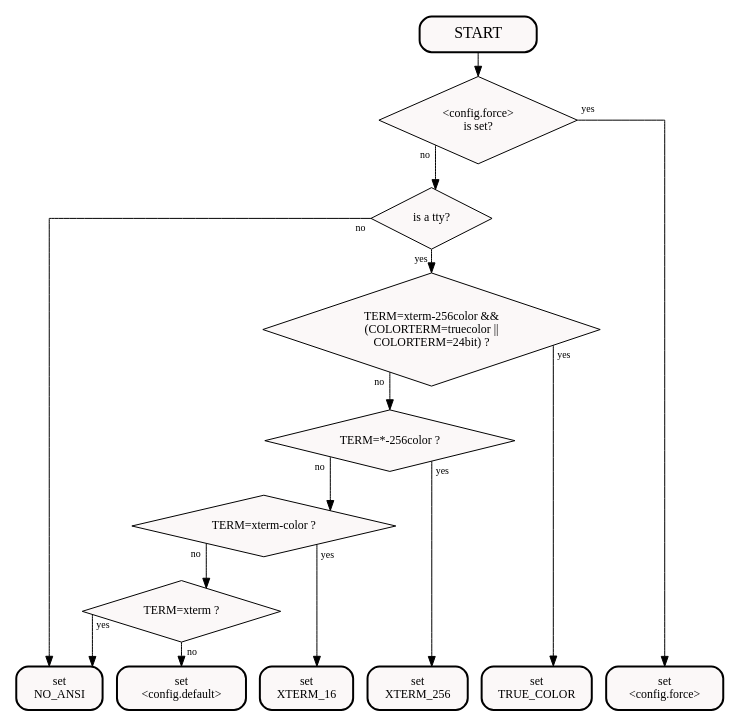
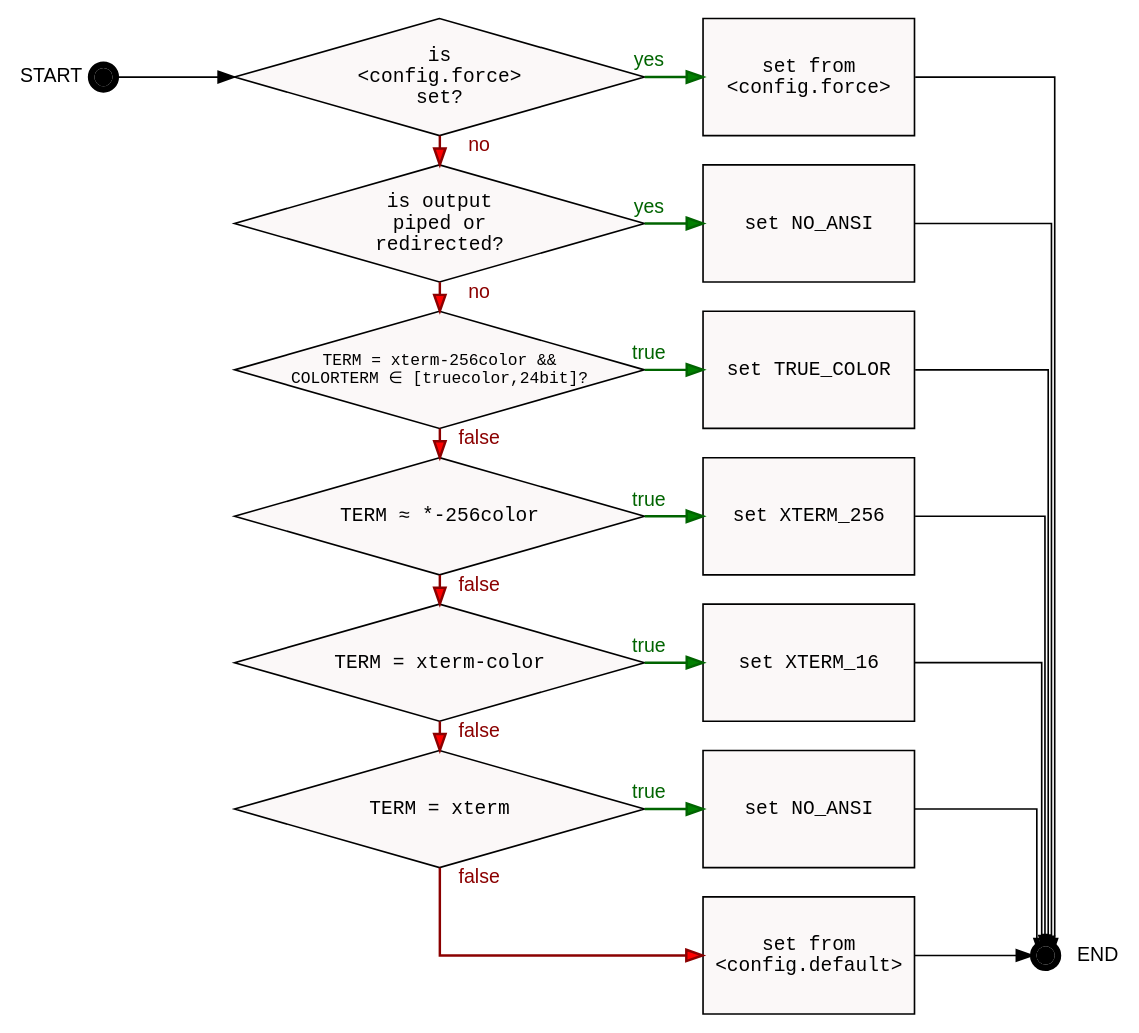
The diagram in docs/_include/sgr-output-mode.dot (delameter/pytermor), drawn with Graphviz before and after one commit. The commit also changed 116 other files, not shown here.

```diff
--- a/docs/_include/sgr-output-mode.dot
+++ b/docs/_include/sgr-output-mode.dot
@@ -1,54 +1,139 @@
 digraph {
-   rankdir = TB;
-   nodesep = .2;
-   ranksep = .33;
-   splines=ortho;
-   ratio=expand;
-   size="8,6";
+  rankdir = LR
+  nodesep = .25
+  ranksep = .5
+  splines = ortho
 
-   node [
-      fontname="Pragmasevka"
-       fontsize=12
-       margin=".125,.125"
-       style="filled"
-       color="#000000"
-       fillcolor="#fbf8f8"
-   ];
-   edge [fontname = "Pragmasevka"  fontsize=10 ];
+  # nodes ------------------------------------------------------------------------------------------
 
-   start [shape=Mrecord label="START" style="filled,bold" fontname="ASM-Bold" fontsize=16 margin=".5,0"]
-   is_config_force [shape=diamond label="<config.force>\nis set?"]
-   is_a_tty [shape=diamond label="is a tty?" tailport=s]
-   is_true [shape=diamond label="TERM=xterm-256color &&\n(COLORTERM=truecolor ||\nCOLORTERM=24bit) ?"]
-   is_xterm [shape=diamond label="TERM=xterm ?"]
-   is_256 [shape=diamond label="TERM=*-256color ?"]
-   is_16 [shape=diamond label="TERM=xterm-color ?" ]
+  {
+    node [
+      shape = "point"
+      margin = 0
+      peripheries = 2
+      penwidth = 4
+      width = 0.1
+      height = 0.1
+      label = ""
+    ]
+    { rank=min start }
+    { rank=max end }
+  }
 
-   node [margin=".25,.125" style="filled,bold" fontname="ASM-Bold" ]
+  {
+    node [
+      style="filled"
+      color = "#000000"
+      fillcolor = "#fbf8f8"
+      penwidth = 1
+      height = 1
+      fixedsize=1
+      width = 2
+      margin = 0
+      fontsize = 12
+    ]
 
-   set_no_ansi [shape=Mrecord label="set\nNO_ANSI"]
-   set_true_color [shape=Mrecord label="set\nTRUE_COLOR"]
-   set_256 [shape=Mrecord label="set\nXTERM_256"]
-   set_16 [shape=Mrecord label="set\nXTERM_16"]
-   set_config_force [shape=Mrecord label="set\n\<config.force\>"]
-   set_config_default [shape=Mrecord label="set\n\<config.default\>"]
+    {
+      rank = same
+      node [
+        shape = diamond
+        width = 3.5
+        fontname = "Courier"
+      ]
+      is_config_force   [ label = "is\n<config.force>\nset?" ]
+      is_a_tty          [ label = "is output\npiped or\nredirected?" ]
+      is_true           [
+        label = "TERM = xterm-256color &&\nCOLORTERM &isin; [truecolor,24bit]?"
+        fontsize = 10
+      ]
+      is_256            [ label = "TERM &asymp; *-256color" ]
+      is_16             [ label = "TERM = xterm-color" ]
+      is_xterm          [ label = "TERM = xterm" ]
+    }
 
-   edge [labeldistance=1.5 labelangle=-45];
+    {
+      rank = same
+      node [
+        shape = box
+        width = 1.8
+        fontname = "Courier"
+      ]
+      set_config_force  [label = "set from\n<config.force>"]
+      set_no_ansi       [label = "set NO_ANSI"]
+      set_true_color    [label = "set TRUE_COLOR"]
+      set_256           [label = "set XTERM_256"]
+      set_16            [label = "set XTERM_16"]
+      set_no_ansi_2     [label = "set NO_ANSI"]
+      set_config_default [label = "set from\n<config.default>"]
+    }
+  }
 
-   start -> is_config_force []
-   is_config_force -> is_a_tty [taillabel=no ]
-   is_a_tty -> is_true [taillabel=yes ]
-   is_true -> is_256 [taillabel=no ]
-   is_256 -> is_16 [taillabel=no ]
-   is_16 -> is_xterm [taillabel=no]
+  # START/END edges ------------------------------------------------------------------------------------------
 
-   edge [labeldistance=1.5 labelangle=45];
+  {
+    edge [
+      fontname = "Arial"
+      fontsize = 12
+      minlen = 2
+      labeldistance = 4
+      labelangle = 180
+    ]
+    start -> is_config_force [ taillabel = "START" ]
+    set_config_default -> end [ headlabel = "END" ]
 
-   is_xterm -> set_no_ansi [taillabel=yes minlen=1]
-   is_config_force -> set_config_force [taillabel=yes minlen=6 tailport=e]
-   is_a_tty -> set_no_ansi [taillabel=no]
-   is_true -> set_true_color [taillabel=yes minlen=4 ]
-   is_256 -> set_256 [taillabel=yes minlen=3]
-   is_16 -> set_16 [taillabel=yes minlen=2 ]
-   is_xterm -> set_config_default [taillabel=no]
+
+    edge [
+      constraint = 0
+      arrowsize = 0.5
+    ]
+    set_config_force -> end
+    set_no_ansi -> end
+    set_true_color -> end
+    set_256 -> end
+    set_16 -> end
+    set_no_ansi_2 -> end
+
+  }
+
+  # YES/NO edges ------------------------------------------------------------------------------------------
+
+  {
+    edge [
+      minlen = 1
+      fontname = "sans-serif"
+      fontsize = 12
+      labelangle = 75
+      penwidth = 1.5
+    ]
+
+    edge [
+      fillcolor = green
+      color = darkgreen
+      fontcolor = darkgreen
+    ]
+    edge [ taillabel = "yes" ]
+    is_config_force -> set_config_force
+    is_a_tty -> set_no_ansi
+    edge [ taillabel = "true" ]
+    is_true -> set_true_color
+    is_256 -> set_256
+    is_16 -> set_16
+    is_xterm -> set_no_ansi_2
+
+    edge [
+      fillcolor = red
+      color = darkred
+      labeldistance = 2.5
+      fontcolor = darkred
+    ]
+    edge [ taillabel = "no" ]
+    is_config_force -> is_a_tty
+    is_a_tty -> is_true
+    edge [ taillabel = "false" ]
+    is_true -> is_256
+    is_256 -> is_16
+    is_16 -> is_xterm
+    is_xterm -> set_config_default
+
+  }
 }
```
